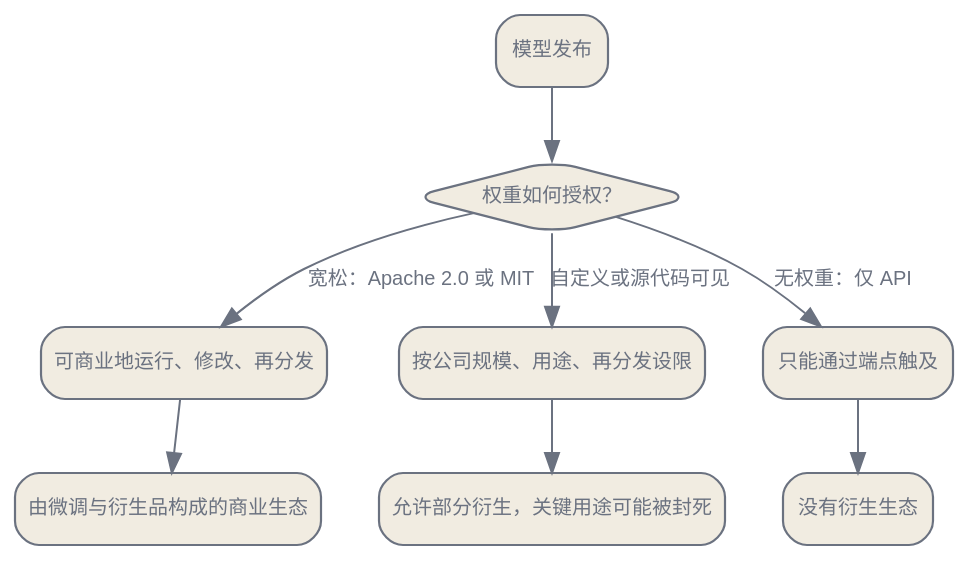
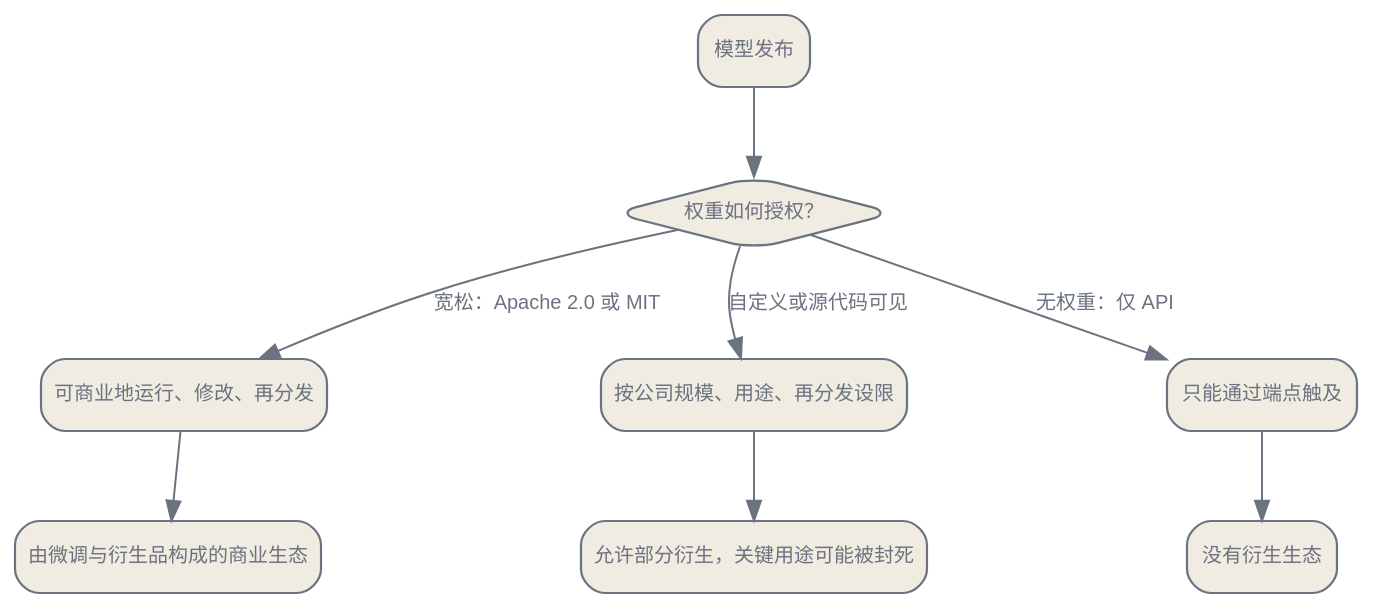
Before and after one commit to latere-ai/ai-as-an-infrastructure: the second of 2 diagrams in zh/ecosystem/01-model-landscape.qmd, drawn with Graphviz. The commit also changed 3 other files, not shown here.

Commit message:
diagrams: space license fan-out labels and wrap SAE cluster labels so CJK fits

````diff
--- a/zh/ecosystem/01-model-landscape.qmd
+++ b/zh/ecosystem/01-model-landscape.qmd
@@ -108,26 +108,26 @@
 ```{dot}
 //| label: fig-model-landscape-license
 //| fig-cap: "许可证作为叠在权重之上的法律层。两个拥有完全相同、皆可下载权重的模型，在许可证处分道扬镳：宽松许可证锚定一个商业衍生生态，而受限或无权重的许可证，无论模型质量如何，都会把它封死。"
 digraph {
   bgcolor="transparent";
   rankdir=TB;
-  nodesep=0.4; ranksep=0.5;
+  nodesep=1.8; ranksep=0.6;
   node [shape=box, style="rounded,filled", fontname="Helvetica", fontsize=10, color="#6b7280", fontcolor="#6b7280", fillcolor="#f1ece1", penwidth=1.1];
   edge [fontsize=10, fontname="Helvetica", color="#6b7280", fontcolor="#6b7280"];
   W [label="模型发布"];
   Q [label="权重如何授权？", shape=diamond];
   P [label="可商业地运行、修改、再分发"];
   R [label="按公司规模、用途、再分发设限"];
   N [label="只能通过端点触及"];
   E1 [label="由微调与衍生品构成的商业生态"];
   E2 [label="允许部分衍生，关键用途可能被封死"];
   E3 [label="没有衍生生态"];
   W -> Q;
   Q -> P [label="宽松：Apache 2.0 或 MIT"];
   Q -> R [label="自定义或源代码可见"];
   Q -> N [label="无权重：仅 API"];
   P -> E1;
   R -> E2;
   N -> E3;
 }
 ```
````
